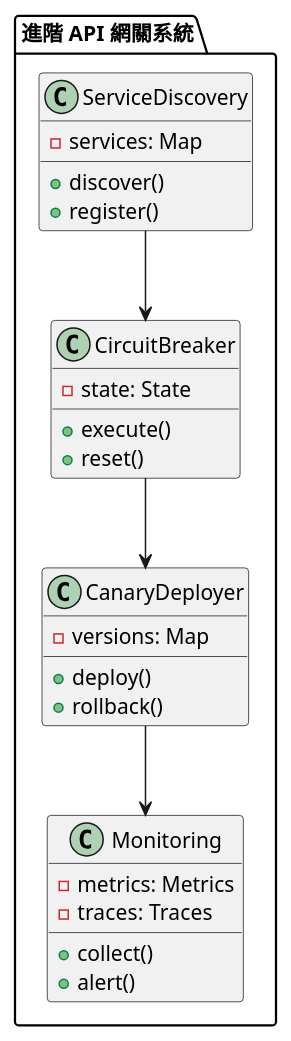
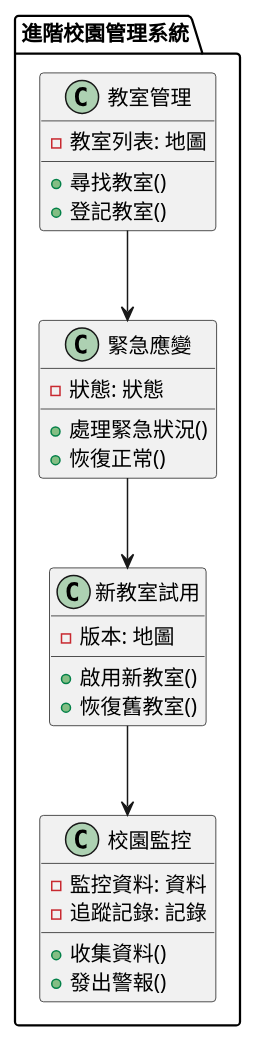
Before and after one commit to fine5351/info-sync: the third of 3 diagrams in doc/learning/architecture/api_gateway_tutorial.md, drawn with PlantUML. The commit also changed other lines of this file and 35 other files, not shown here.

````diff
--- a/doc/learning/architecture/api_gateway_tutorial.md
+++ b/doc/learning/architecture/api_gateway_tutorial.md
@@ -178,34 +146,34 @@
 ```plantuml
 @startuml
-package "進階 API 網關系統" {
-    class ServiceDiscovery {
-        - services: Map
-        + discover()
-        + register()
+package "進階校園管理系統" {
+    class 教室管理 {
+        - 教室列表: 地圖
+        + 尋找教室()
+        + 登記教室()
     }
     
-    class CircuitBreaker {
-        - state: State
-        + execute()
-        + reset()
+    class 緊急應變 {
+        - 狀態: 狀態
+        + 處理緊急狀況()
+        + 恢復正常()
     }
     
-    class CanaryDeployer {
-        - versions: Map
-        + deploy()
-        + rollback()
+    class 新教室試用 {
+        - 版本: 地圖
+        + 啟用新教室()
+        + 恢復舊教室()
     }
     
-    class Monitoring {
-        - metrics: Metrics
-        - traces: Traces
-        + collect()
-        + alert()
+    class 校園監控 {
+        - 監控資料: 資料
+        - 追蹤記錄: 記錄
+        + 收集資料()
+        + 發出警報()
     }
 }
 
-ServiceDiscovery --> CircuitBreaker
-CircuitBreaker --> CanaryDeployer
-CanaryDeployer --> Monitoring
+教室管理 --> 緊急應變
+緊急應變 --> 新教室試用
+新教室試用 --> 校園監控
 @enduml
 ```
````
